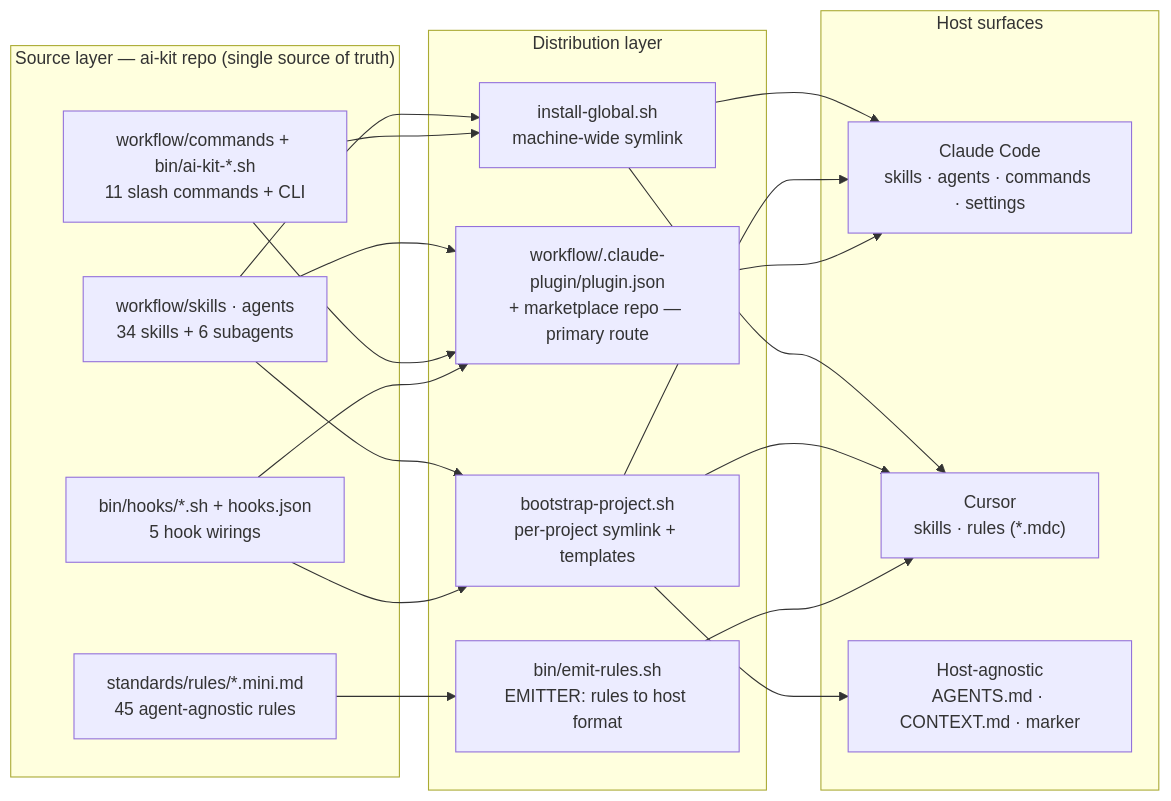
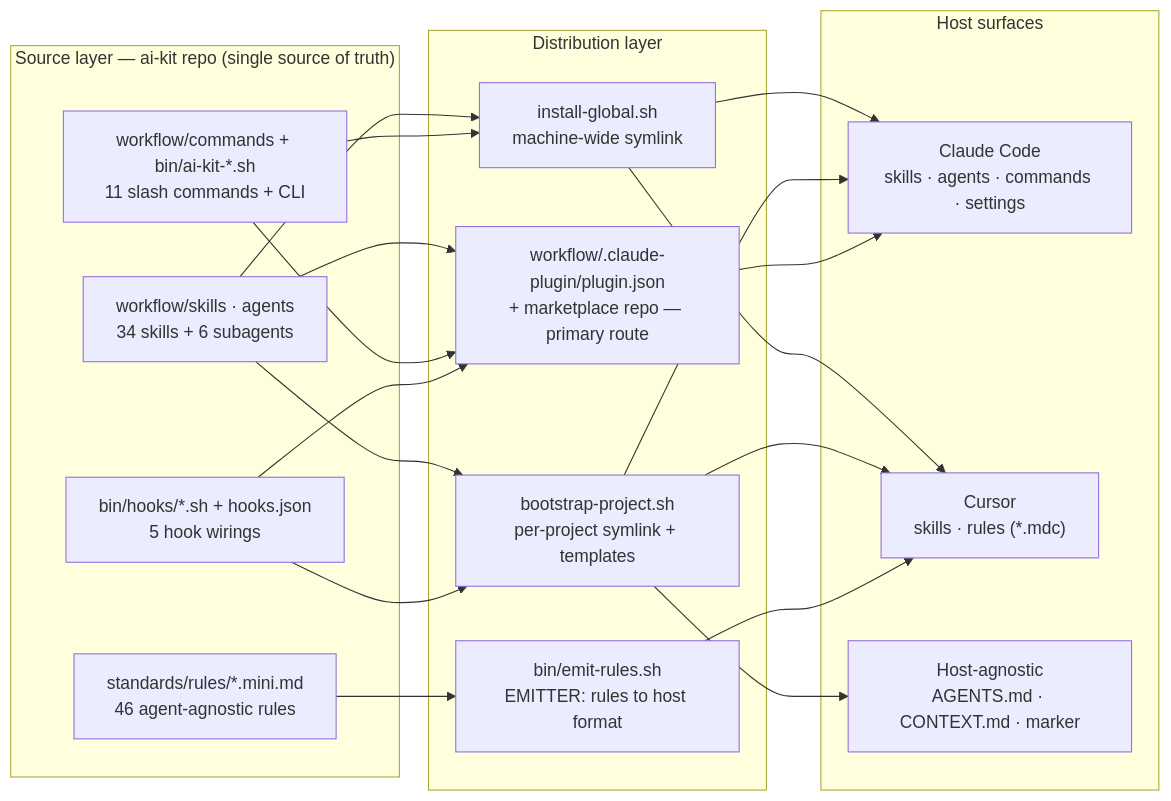
One commit to yusufkaracaburun/ai-kit changed the first of 2 diagrams in docs/diagrams.md. Above: the diagram before and after it, drawn with Mermaid. The commit also changed 6 other files, not shown here.

````diff
--- a/docs/diagrams.md
+++ b/docs/diagrams.md
@@ -10,32 +10,32 @@
 ```mermaid
 flowchart LR
   subgraph SRC["Source layer — ai-kit repo (single source of truth)"]
     SA["workflow/skills · agents<br/>34 skills + 6 subagents"]
     CB["workflow/commands + bin/ai-kit-*.sh<br/>11 slash commands + CLI"]
     H["bin/hooks/*.sh + hooks.json<br/>5 hook wirings"]
-    R["standards/rules/*.mini.md<br/>45 agent-agnostic rules"]
+    R["standards/rules/*.mini.md<br/>46 agent-agnostic rules"]
   end
 
   subgraph DIST["Distribution layer"]
     IG["install-global.sh<br/>machine-wide symlink"]
     PL["workflow/.claude-plugin/plugin.json<br/>+ marketplace repo — primary route"]
     BP["bootstrap-project.sh<br/>per-project symlink + templates"]
     ER["bin/emit-rules.sh<br/>EMITTER: rules to host format"]
   end
 
   subgraph HOSTS["Host surfaces"]
     CC["Claude Code<br/>skills · agents · commands · settings"]
     CU["Cursor<br/>skills · rules (*.mdc)"]
     HA["Host-agnostic<br/>AGENTS.md · CONTEXT.md · marker"]
   end
 
   SA --> IG & BP & PL
   CB --> IG & PL
   H --> PL & BP
   R --> ER
 
   IG --> CC & CU
   BP --> CC & CU & HA
   PL --> CC
   ER --> CU
 ```
````
